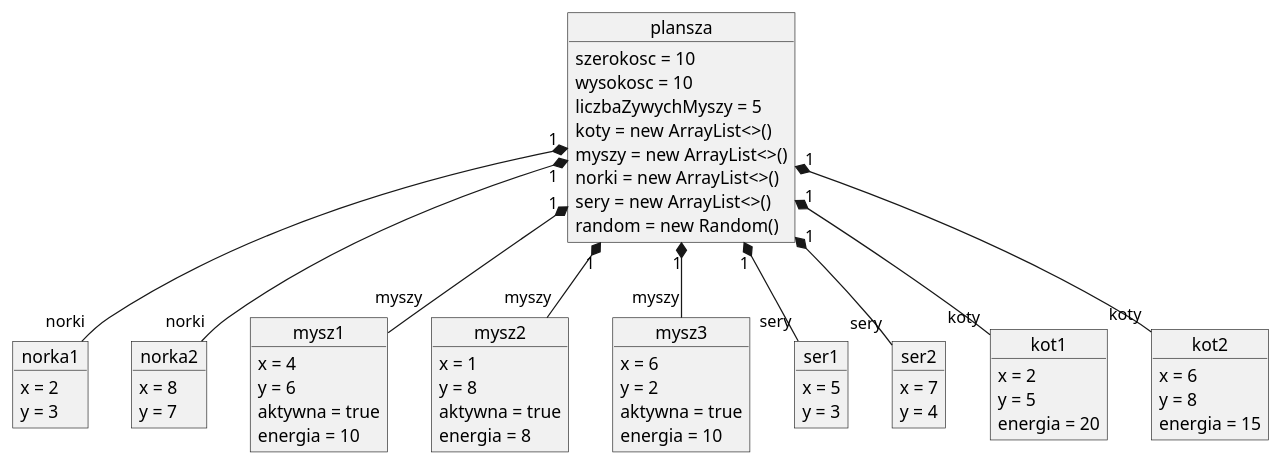
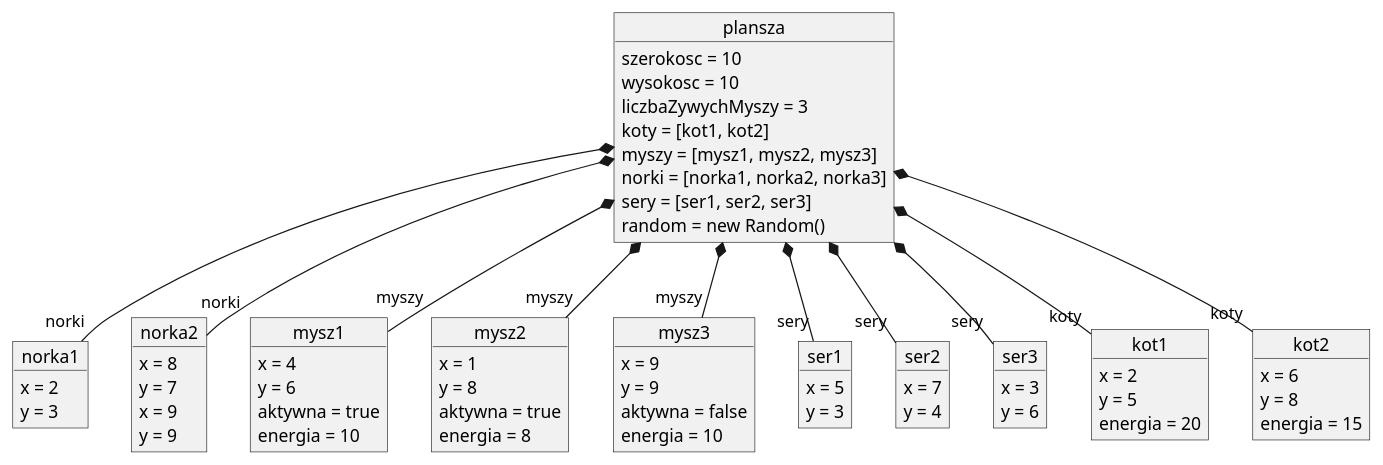
One commit to rochmir/symulacja_agentowa1 changed the diagram in diagram_obiektow.puml. Above: the diagram before and after it, drawn with PlantUML. The commit also changed 5 other files, not shown here.

```diff
--- a/diagram_obiektow.puml
+++ b/diagram_obiektow.puml
@@ -1,78 +1,88 @@
 @startuml
 
 object plansza {
     szerokosc = 10
     wysokosc = 10
-    liczbaZywychMyszy = 5
-    koty = new ArrayList<>()
-    myszy = new ArrayList<>()
-    norki = new ArrayList<>()
-    sery = new ArrayList<>()
+    liczbaZywychMyszy = 3
+    koty = [kot1, kot2]
+    myszy = [mysz1, mysz2, mysz3]
+    norki = [norka1, norka2, norka3]
+    sery = [ser1, ser2, ser3]
     random = new Random()
 }
 
 object norka1 {
     x = 2
     y = 3
 }
 
 object norka2 {
     x = 8
     y = 7
+}
+object norka2 {
+    x = 9
+    y = 9
 }
 
 object mysz1 {
     x = 4
     y = 6
     aktywna = true
     energia = 10
 }
 
 object mysz2 {
     x = 1
     y = 8
     aktywna = true
     energia = 8
 }
 
 object mysz3 {
-    x = 6
-    y = 2
-    aktywna = true
+    x = 9
+    y = 9
+    aktywna = false
     energia = 10
 }
 
 object ser1 {
     x = 5
     y = 3
 }
 
 object ser2 {
     x = 7
     y = 4
+}
+
+object ser3 {
+    x = 3
+    y = 6
 }
 
 object kot1 {
     x = 2
     y = 5
     energia = 20
 }
 
 object kot2 {
     x = 6
     y = 8
     energia = 15
 }
 
-' Kolekcje
-plansza "1" *-- "norki" norka1
-plansza "1" *-- "norki" norka2
-plansza "1" *-- "myszy" mysz1
-plansza "1" *-- "myszy" mysz2
-plansza "1" *-- "myszy" mysz3
-plansza "1" *-- "sery" ser1
-plansza "1" *-- "sery" ser2
-plansza "1" *-- "koty" kot1
-plansza "1" *-- "koty" kot2
+' Relacje kompozycji
+plansza *-- "norki" norka1
+plansza *-- "norki" norka2
+plansza *-- "myszy" mysz1
+plansza *-- "myszy" mysz2
+plansza *-- "myszy" mysz3
+plansza *-- "sery" ser1
+plansza *-- "sery" ser2
+plansza *-- "sery" ser3
+plansza *-- "koty" kot1
+plansza *-- "koty" kot2
 
 @enduml
```
